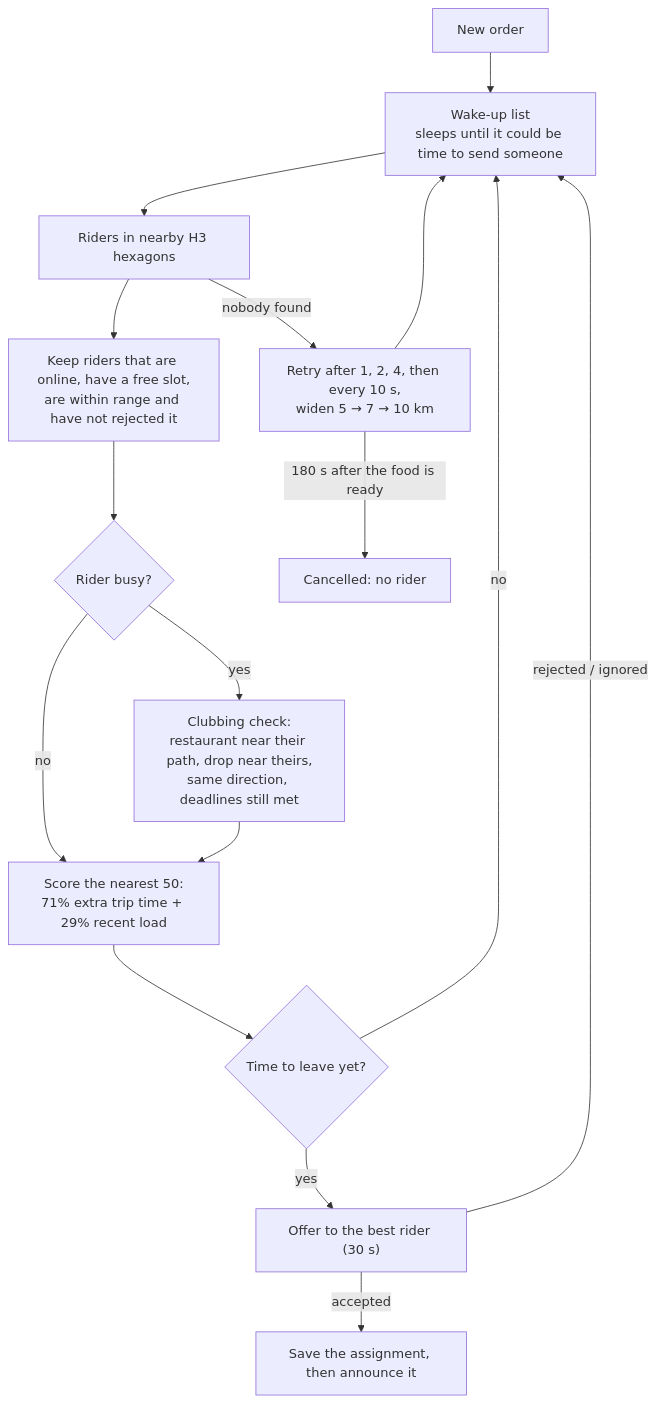
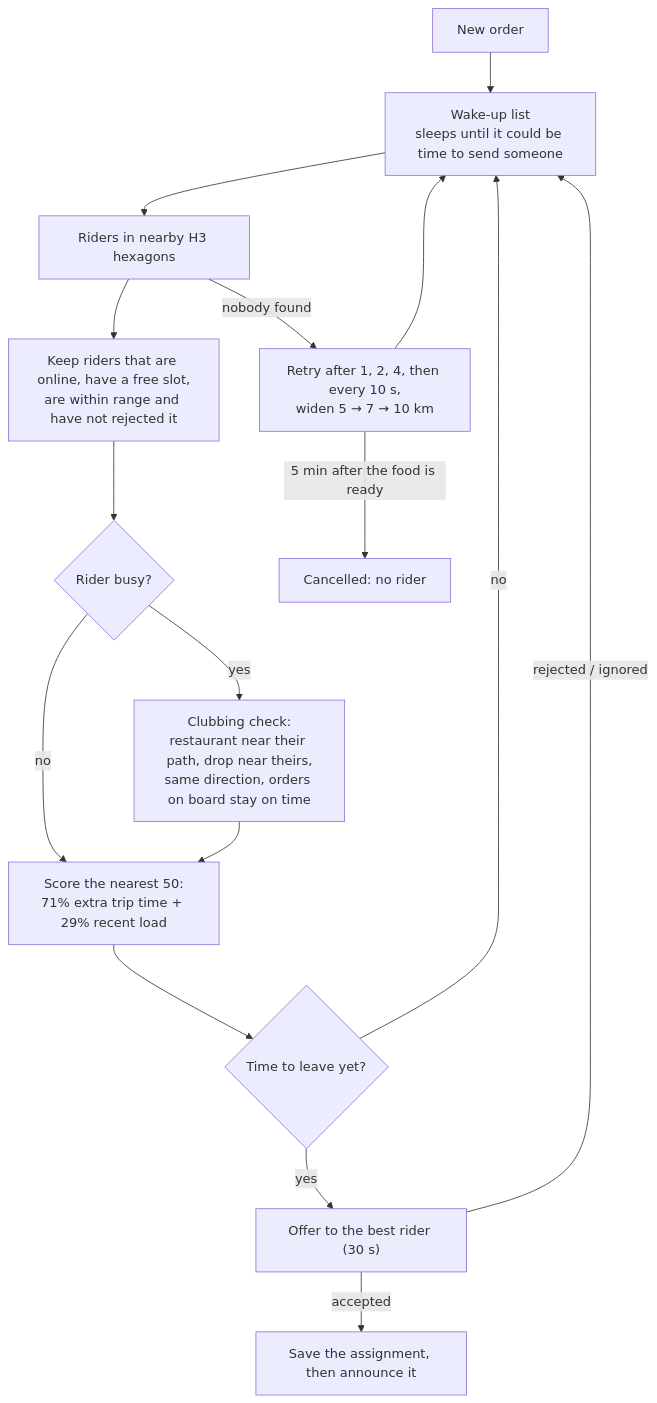
One commit to rishabhhS17/Delivery-Partner-Allocation-Engine- changed the third of 4 diagrams in README.md. Above: the diagram before and after it, drawn with Mermaid. The commit also changed other lines of this file and 1 other file, not shown here.

````diff
--- a/README.md
+++ b/README.md
@@ -96,18 +96,18 @@
 ```mermaid
 flowchart TB
   NEW["New order"] --> WAKE["Wake-up list<br/>sleeps until it could be time to send someone"]
   WAKE --> FIND["Riders in nearby H3 hexagons"]
   FIND --> GATE["Keep riders that are online, have a free slot,<br/>are within range and have not rejected it"]
   GATE --> CLUB{"Rider busy?"}
-  CLUB -->|"yes"| FIT["Clubbing check:<br/>restaurant near their path, drop near theirs,<br/>same direction, deadlines still met"]
+  CLUB -->|"yes"| FIT["Clubbing check:<br/>restaurant near their path, drop near theirs,<br/>same direction, orders on board stay on time"]
   CLUB -->|"no"| SCORE
   FIT --> SCORE["Score the nearest 50:<br/>71% extra trip time + 29% recent load"]
   SCORE --> HOLD{"Time to leave yet?"}
   HOLD -->|"no"| WAKE
   HOLD -->|"yes"| OFFER["Offer to the best rider (30 s)"]
   OFFER -->|"accepted"| SAVE["Save the assignment, then announce it"]
   OFFER -->|"rejected / ignored"| WAKE
   FIND -->|"nobody found"| RETRY["Retry after 1, 2, 4, then every 10 s,<br/>widen 5 → 7 → 10 km"]
   RETRY --> WAKE
-  RETRY -->|"180 s after the food is ready"| CANCEL["Cancelled: no rider"]
+  RETRY -->|"5 min after the food is ready"| CANCEL["Cancelled: no rider"]
 ```
````
